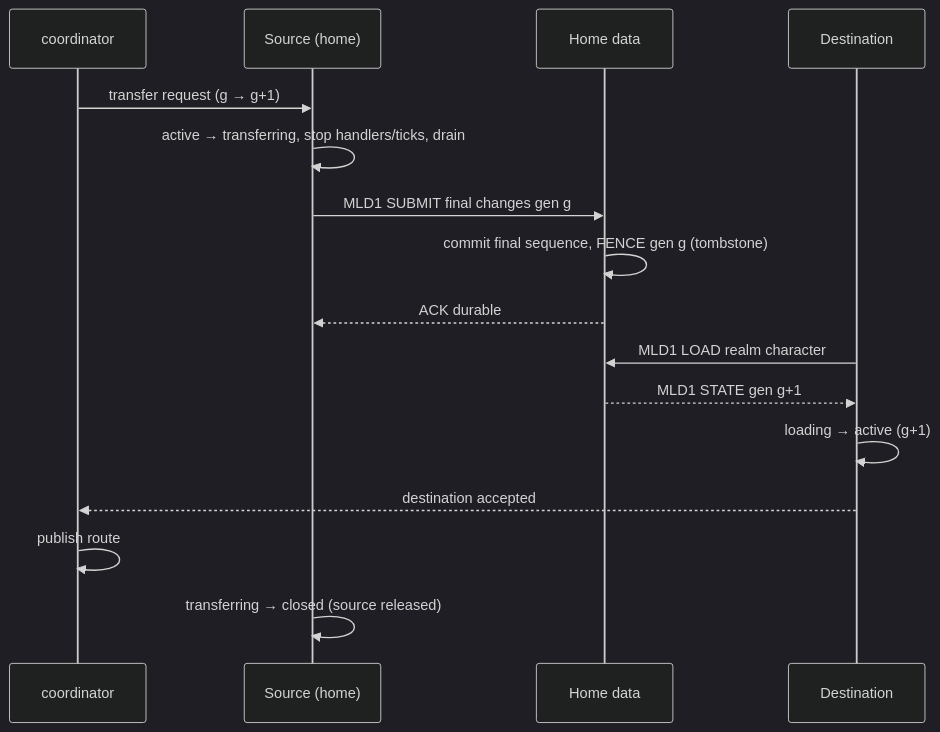
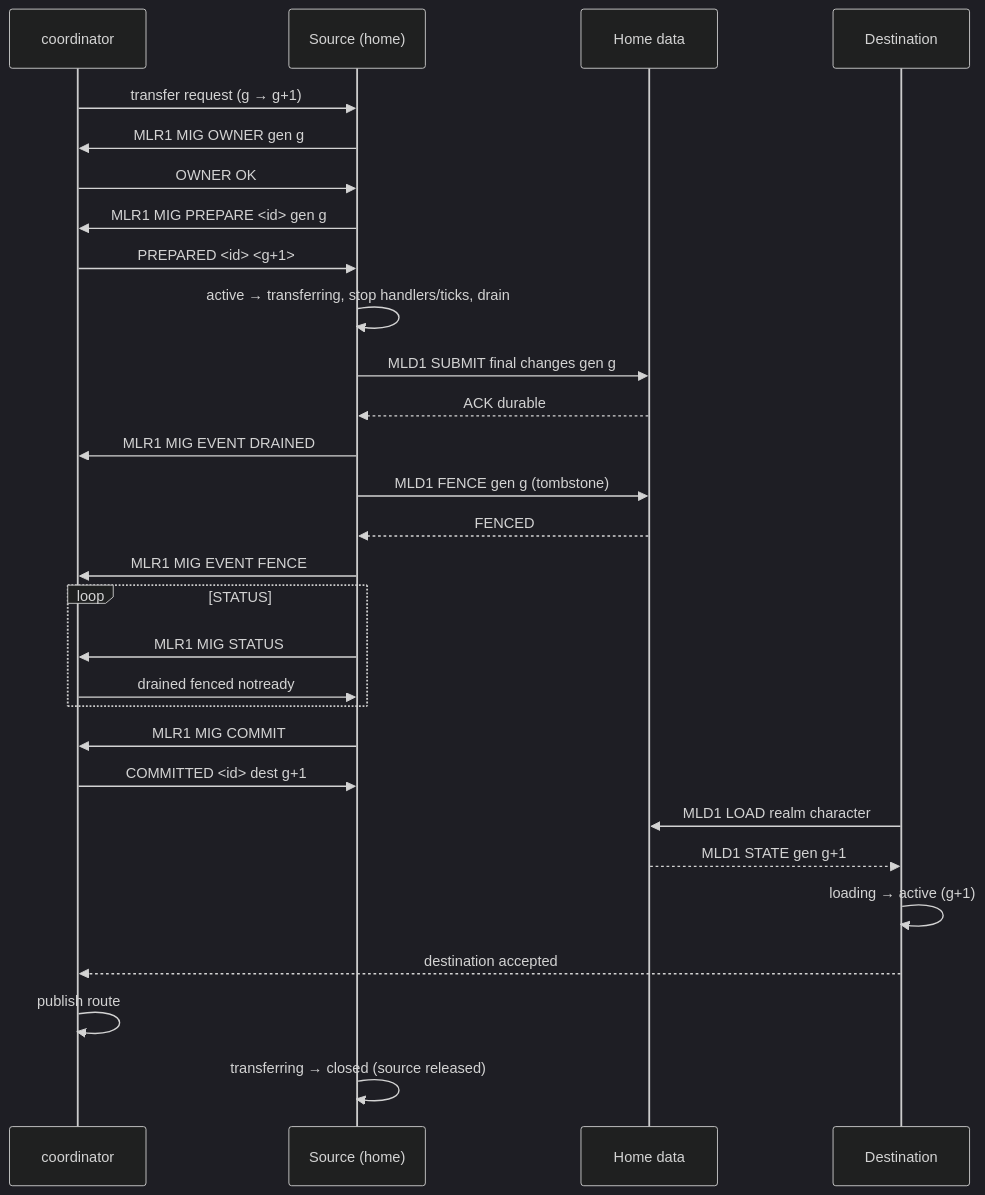
One commit to cuihairu/mistlane changed the fourth of 9 diagrams in docs/avatar-lifecycle.md. Above: the diagram before and after it, drawn with Mermaid (dark theme). The commit also changed other lines of this file and 2 other files, not shown here.

Commit message:
docs: record source transfer caller in todo

````diff
--- a/docs/avatar-lifecycle.md
+++ b/docs/avatar-lifecycle.md
@@ -104,18 +104,31 @@
 ```mermaid
 sequenceDiagram
   participant C as coordinator
   participant S as Source (home)
   participant H as Home data
   participant D as Destination
   C->>S: transfer request (g → g+1)
+  S->>C: MLR1 MIG OWNER gen g
+  C->>S: OWNER OK
+  S->>C: MLR1 MIG PREPARE <id> gen g
+  C->>S: PREPARED <id> <g+1>
   S->>S: active → transferring, stop handlers/ticks, drain
   S->>H: MLD1 SUBMIT final changes gen g
-  H->>H: commit final sequence, FENCE gen g (tombstone)
   H-->>S: ACK durable
+  S->>C: MLR1 MIG EVENT DRAINED
+  S->>H: MLD1 FENCE gen g (tombstone)
+  H-->>S: FENCED
+  S->>C: MLR1 MIG EVENT FENCE
+  loop STATUS
+    S->>C: MLR1 MIG STATUS
+    C->>S: drained fenced notready
+  end
+  S->>C: MLR1 MIG COMMIT
+  C->>S: COMMITTED <id> dest g+1
   D->>H: MLD1 LOAD realm character
   H-->>D: MLD1 STATE gen g+1
   D->>D: loading → active (g+1)
   D-->>C: destination accepted
   C->>C: publish route
   S->>S: transferring → closed (source released)
 ```
````
